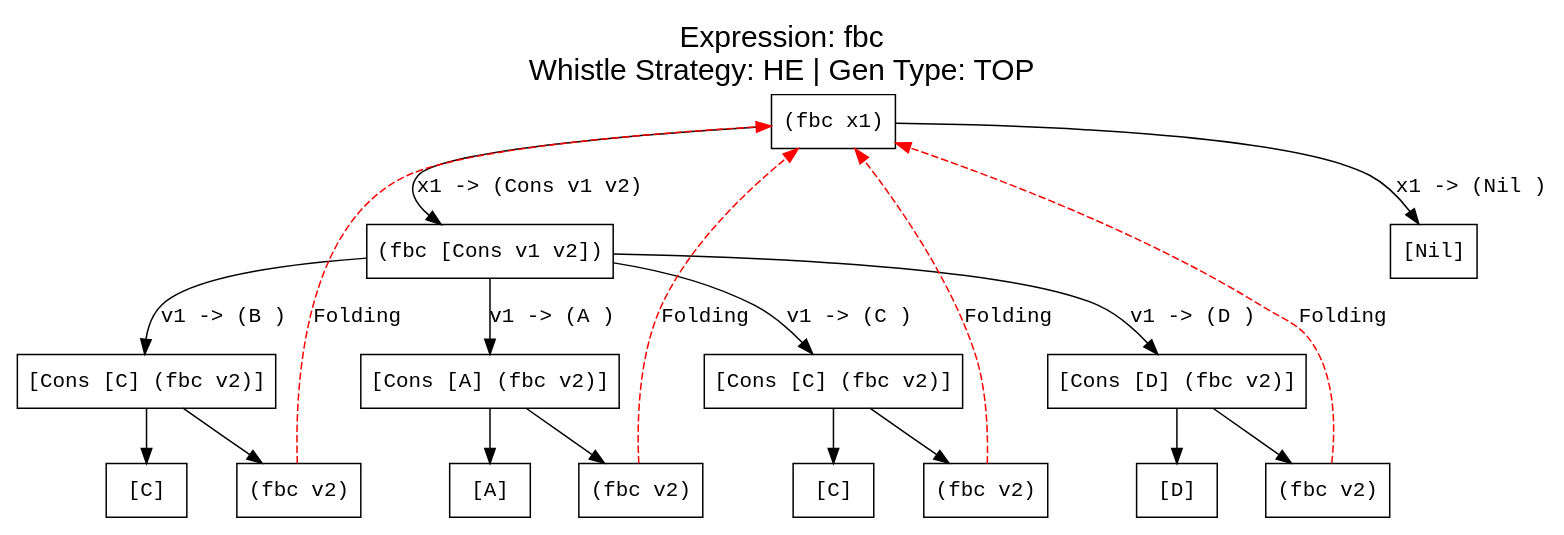
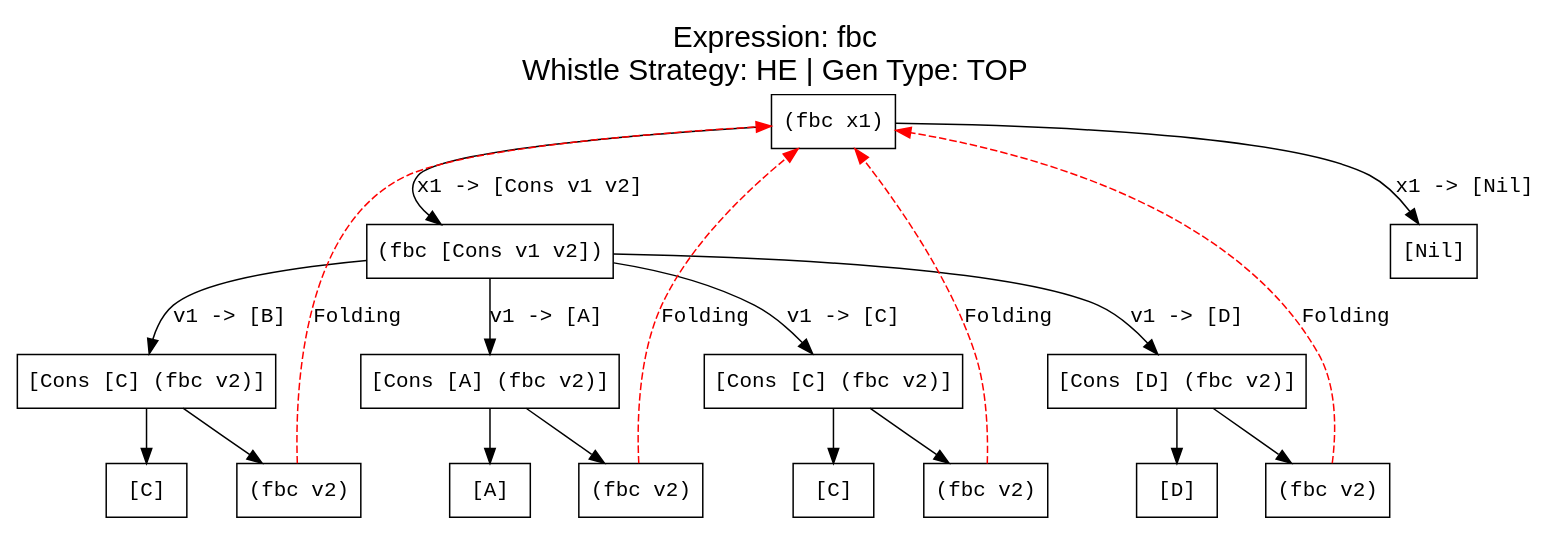
Before and after one commit to makezh/coursework_supercompiler: the diagram in output/test4/he_fbc.dot, drawn with Graphviz. The commit also changed 6 other files, not shown here.

```diff
--- a/output/test4/he_fbc.dot
+++ b/output/test4/he_fbc.dot
@@ -1,42 +1,42 @@
 digraph ProcessTree {
   label="Expression: fbc\nWhistle Strategy: HE | Gen Type: TOP";
   labelloc="t";
   fontsize=20;
   fontname="Arial";
 
     node [fontname="Courier New"];
     edge [fontname="Courier New"];
     n0 [label="(fbc x1)", shape=box];
-    n0 -> n1 [label="x1 -> (Cons v1 v2)"];
-    n0 -> n2 [label="x1 -> (Nil )"];
+    n0 -> n1 [label="x1 -> [Cons v1 v2]"];
+    n0 -> n2 [label="x1 -> [Nil]"];
     n1 [label="(fbc [Cons v1 v2])", shape=box];
-    n1 -> n3 [label="v1 -> (B )"];
-    n1 -> n4 [label="v1 -> (A )"];
-    n1 -> n5 [label="v1 -> (C )"];
-    n1 -> n6 [label="v1 -> (D )"];
+    n1 -> n3 [label="v1 -> [B]"];
+    n1 -> n4 [label="v1 -> [A]"];
+    n1 -> n5 [label="v1 -> [C]"];
+    n1 -> n6 [label="v1 -> [D]"];
     n2 [label="[Nil]", shape=box];
     n3 [label="[Cons [C] (fbc v2)]", shape=box];
     n3 -> n7 [label=""];
     n3 -> n8 [label=""];
     n4 [label="[Cons [A] (fbc v2)]", shape=box];
     n4 -> n9 [label=""];
     n4 -> n10 [label=""];
     n5 [label="[Cons [C] (fbc v2)]", shape=box];
     n5 -> n11 [label=""];
     n5 -> n12 [label=""];
     n6 [label="[Cons [D] (fbc v2)]", shape=box];
     n6 -> n13 [label=""];
     n6 -> n14 [label=""];
     n7 [label="[C]", shape=box];
     n8 [label="(fbc v2)", shape=box];
     n8 -> n0 [style=dashed, color=red, label="Folding"];
     n9 [label="[A]", shape=box];
     n10 [label="(fbc v2)", shape=box];
     n10 -> n0 [style=dashed, color=red, label="Folding"];
     n11 [label="[C]", shape=box];
     n12 [label="(fbc v2)", shape=box];
     n12 -> n0 [style=dashed, color=red, label="Folding"];
     n13 [label="[D]", shape=box];
     n14 [label="(fbc v2)", shape=box];
     n14 -> n0 [style=dashed, color=red, label="Folding"];
 }
```
